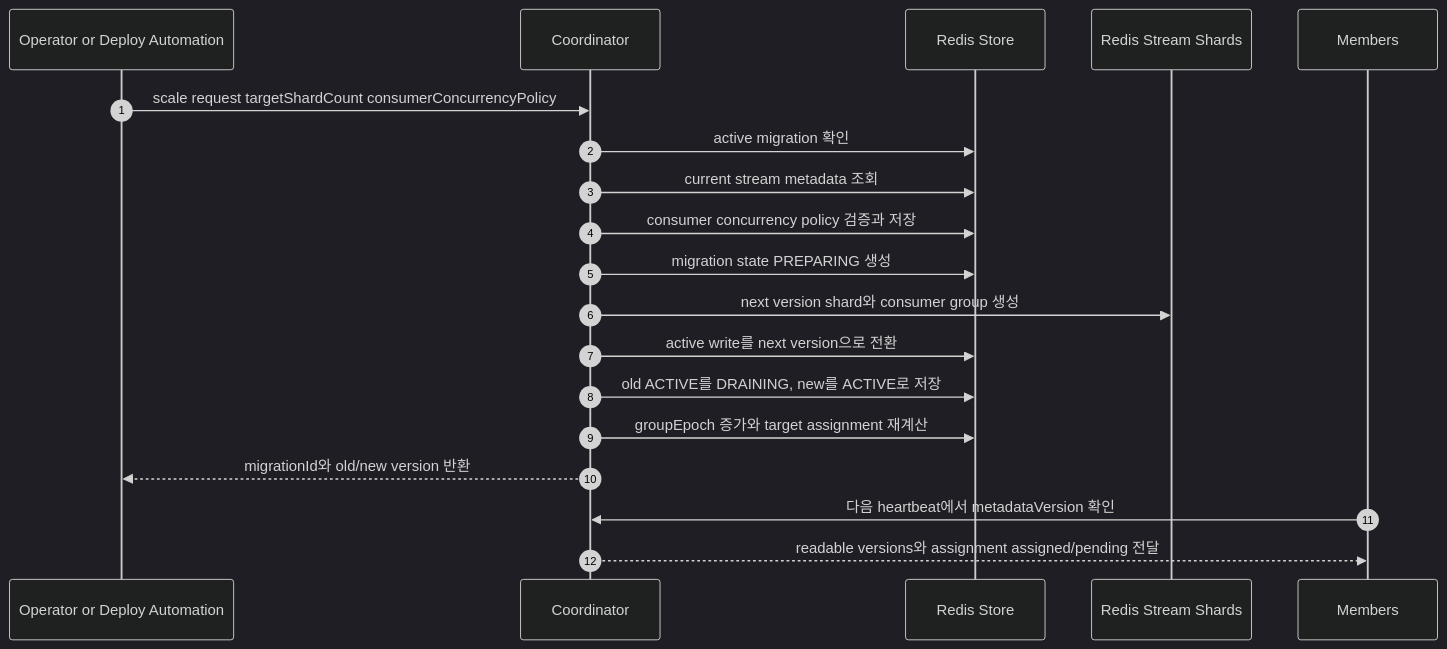
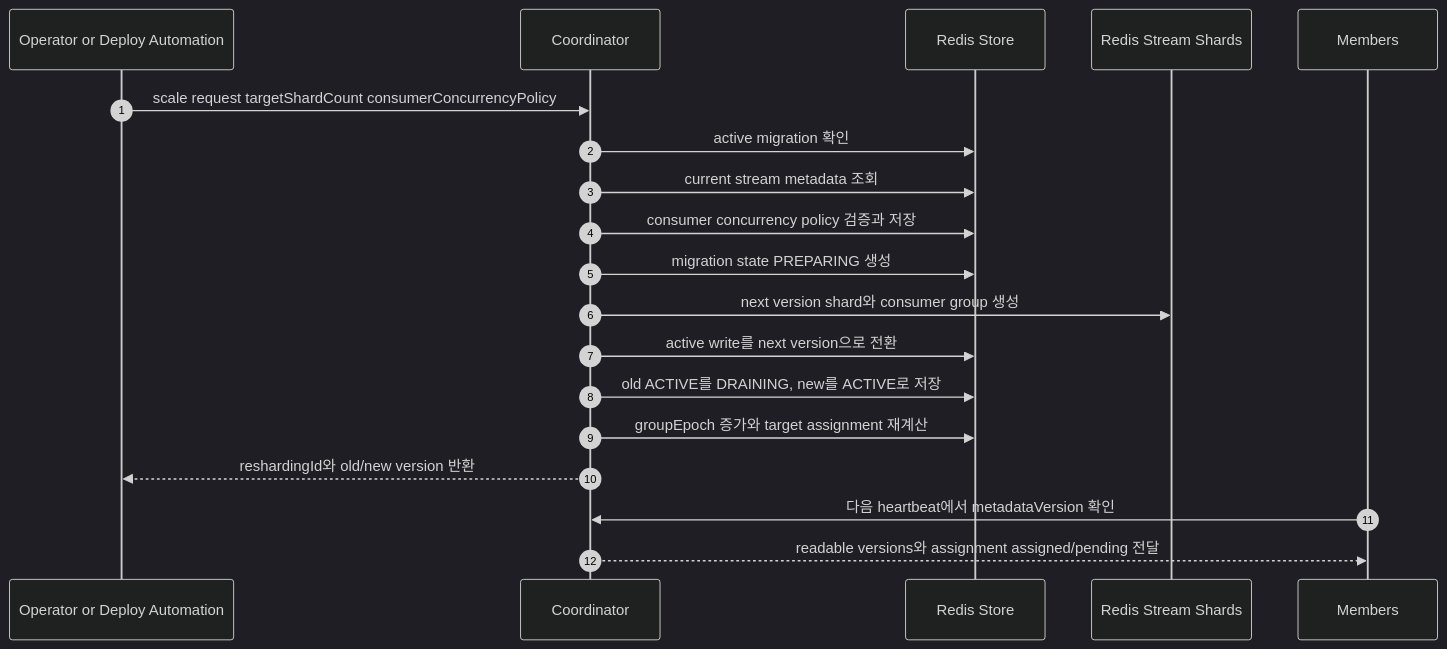
Before and after one commit to ghkdqhrbals/redis-stream-coordinator: the diagram in docs/prd/04-stream-version-migration.md, drawn with Mermaid (dark theme). The commit also changed other lines of this file and 29 other files, not shown here.

````diff
--- a/docs/prd/04-stream-version-migration.md
+++ b/docs/prd/04-stream-version-migration.md
@@ -31,22 +31,22 @@
 ```mermaid
 sequenceDiagram
     autonumber
     participant Admin as Operator or Deploy Automation
     participant C as Coordinator
     participant Store as Redis Store
     participant Stream as Redis Stream Shards
     participant M as Members
 
     Admin->>C: scale request targetShardCount consumerConcurrencyPolicy
     C->>Store: active migration 확인
     C->>Store: current stream metadata 조회
     C->>Store: consumer concurrency policy 검증과 저장
     C->>Store: migration state PREPARING 생성
     C->>Stream: next version shard와 consumer group 생성
     C->>Store: active write를 next version으로 전환
     C->>Store: old ACTIVE를 DRAINING, new를 ACTIVE로 저장
     C->>Store: groupEpoch 증가와 target assignment 재계산
-    C-->>Admin: migrationId와 old/new version 반환
+    C-->>Admin: reshardingId와 old/new version 반환
     M->>C: 다음 heartbeat에서 metadataVersion 확인
     C-->>M: readable versions와 assignment assigned/pending 전달
 ```
````
